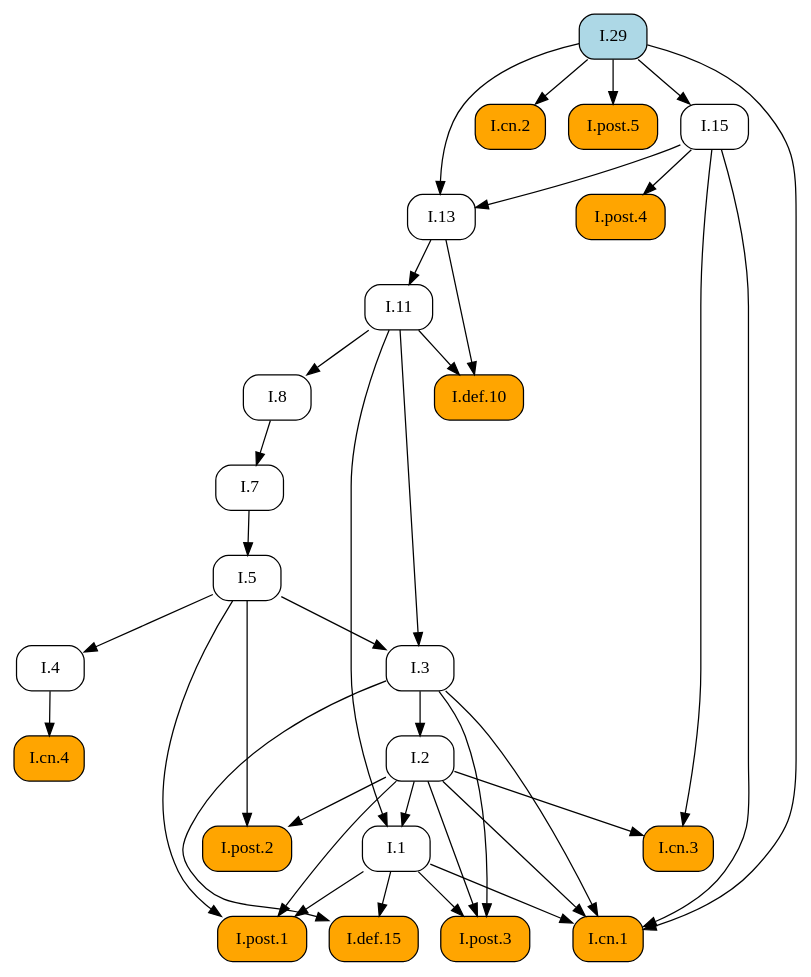
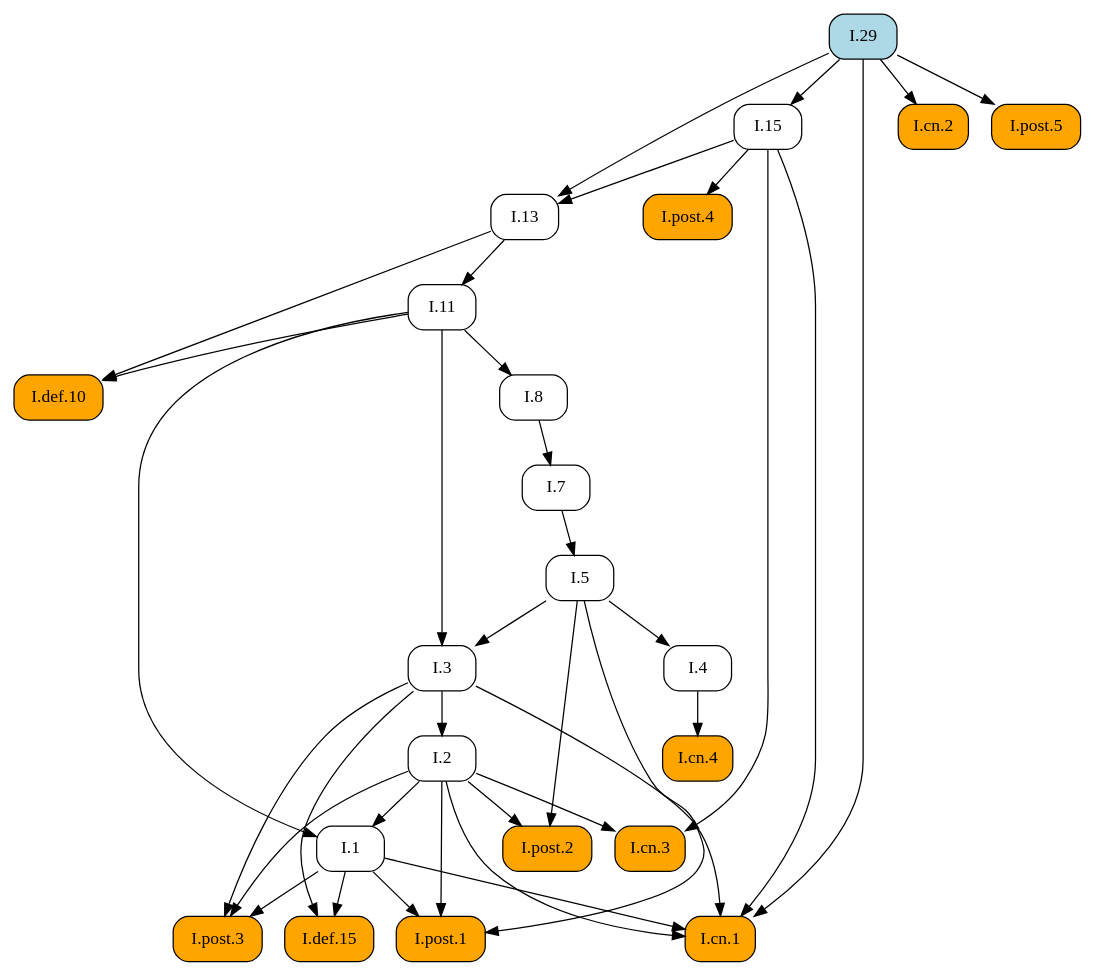
Before and after one commit to geometor/elements: the diagram in docsrc/heath/I/29/index.rst, drawn with Graphviz. The commit also changed other lines of this file and 1029 other files, not shown here.

```diff
--- a/docsrc/heath/I/29/index.rst
+++ b/docsrc/heath/I/29/index.rst
@@ -76,64 +76,64 @@
 .. graphviz::
 
    digraph {
      rankdir="TB";
      node [shape=box, style=rounded];
+     "I.def.10" [style="rounded,filled", fillcolor=orange, URL="/heath/I/def.10/", target="_top"];
+     "I.11" [URL="/heath/I/11/", target="_top"];
+     "I.post.4" [style="rounded,filled", fillcolor=orange, URL="/heath/I/post.4/", target="_top"];
+     "I.1" [URL="/heath/I/1/", target="_top"];
+     "I.7" [URL="/heath/I/7/", target="_top"];
+     "I.3" [URL="/heath/I/3/", target="_top"];
+     "I.2" [URL="/heath/I/2/", target="_top"];
+     "I.4" [URL="/heath/I/4/", target="_top"];
+     "I.29" [style="rounded,filled", fillcolor=lightblue, URL="/heath/I/29/", target="_top"];
      "I.13" [URL="/heath/I/13/", target="_top"];
+     "I.cn.2" [style="rounded,filled", fillcolor=orange, URL="/heath/I/cn.2/", target="_top"];
+     "I.post.2" [style="rounded,filled", fillcolor=orange, URL="/heath/I/post.2/", target="_top"];
+     "I.def.15" [style="rounded,filled", fillcolor=orange, URL="/heath/I/def.15/", target="_top"];
+     "I.post.3" [style="rounded,filled", fillcolor=orange, URL="/heath/I/post.3/", target="_top"];
+     "I.cn.1" [style="rounded,filled", fillcolor=orange, URL="/heath/I/cn.1/", target="_top"];
      "I.cn.3" [style="rounded,filled", fillcolor=orange, URL="/heath/I/cn.3/", target="_top"];
-     "I.cn.2" [style="rounded,filled", fillcolor=orange, URL="/heath/I/cn.2/", target="_top"];
-     "I.5" [URL="/heath/I/5/", target="_top"];
-     "I.11" [URL="/heath/I/11/", target="_top"];
-     "I.7" [URL="/heath/I/7/", target="_top"];
-     "I.29" [style="rounded,filled", fillcolor=lightblue, URL="/heath/I/29/", target="_top"];
-     "I.4" [URL="/heath/I/4/", target="_top"];
-     "I.3" [URL="/heath/I/3/", target="_top"];
      "I.8" [URL="/heath/I/8/", target="_top"];
-     "I.def.10" [style="rounded,filled", fillcolor=orange, URL="/heath/I/def.10/", target="_top"];
-     "I.post.4" [style="rounded,filled", fillcolor=orange, URL="/heath/I/post.4/", target="_top"];
-     "I.post.2" [style="rounded,filled", fillcolor=orange, URL="/heath/I/post.2/", target="_top"];
-     "I.2" [URL="/heath/I/2/", target="_top"];
-     "I.def.15" [style="rounded,filled", fillcolor=orange, URL="/heath/I/def.15/", target="_top"];
-     "I.1" [URL="/heath/I/1/", target="_top"];
-     "I.post.3" [style="rounded,filled", fillcolor=orange, URL="/heath/I/post.3/", target="_top"];
-     "I.post.1" [style="rounded,filled", fillcolor=orange, URL="/heath/I/post.1/", target="_top"];
-     "I.post.5" [style="rounded,filled", fillcolor=orange, URL="/heath/I/post.5/", target="_top"];
      "I.cn.4" [style="rounded,filled", fillcolor=orange, URL="/heath/I/cn.4/", target="_top"];
      "I.15" [URL="/heath/I/15/", target="_top"];
-     "I.cn.1" [style="rounded,filled", fillcolor=orange, URL="/heath/I/cn.1/", target="_top"];
+     "I.post.5" [style="rounded,filled", fillcolor=orange, URL="/heath/I/post.5/", target="_top"];
+     "I.post.1" [style="rounded,filled", fillcolor=orange, URL="/heath/I/post.1/", target="_top"];
+     "I.5" [URL="/heath/I/5/", target="_top"];
+     "I.11" -> "I.def.10";
+     "I.13" -> "I.def.10";
+     "I.13" -> "I.11";
+     "I.15" -> "I.post.4";
+     "I.2" -> "I.1";
+     "I.11" -> "I.1";
+     "I.8" -> "I.7";
+     "I.5" -> "I.3";
+     "I.11" -> "I.3";
+     "I.3" -> "I.2";
+     "I.5" -> "I.4";
      "I.15" -> "I.13";
      "I.29" -> "I.13";
-     "I.2" -> "I.cn.3";
-     "I.15" -> "I.cn.3";
      "I.29" -> "I.cn.2";
-     "I.7" -> "I.5";
-     "I.13" -> "I.11";
-     "I.8" -> "I.7";
-     "I.5" -> "I.4";
-     "I.5" -> "I.3";
-     "I.11" -> "I.3";
-     "I.11" -> "I.8";
-     "I.11" -> "I.def.10";
-     "I.13" -> "I.def.10";
-     "I.15" -> "I.post.4";
      "I.2" -> "I.post.2";
      "I.5" -> "I.post.2";
-     "I.3" -> "I.2";
      "I.1" -> "I.def.15";
      "I.3" -> "I.def.15";
-     "I.2" -> "I.1";
-     "I.11" -> "I.1";
      "I.1" -> "I.post.3";
      "I.2" -> "I.post.3";
      "I.3" -> "I.post.3";
-     "I.1" -> "I.post.1";
-     "I.2" -> "I.post.1";
-     "I.5" -> "I.post.1";
-     "I.29" -> "I.post.5";
-     "I.4" -> "I.cn.4";
-     "I.29" -> "I.15";
      "I.1" -> "I.cn.1";
      "I.2" -> "I.cn.1";
      "I.3" -> "I.cn.1";
      "I.15" -> "I.cn.1";
      "I.29" -> "I.cn.1";
+     "I.2" -> "I.cn.3";
+     "I.15" -> "I.cn.3";
+     "I.11" -> "I.8";
+     "I.4" -> "I.cn.4";
+     "I.29" -> "I.15";
+     "I.29" -> "I.post.5";
+     "I.1" -> "I.post.1";
+     "I.2" -> "I.post.1";
+     "I.5" -> "I.post.1";
+     "I.7" -> "I.5";
    }
```
